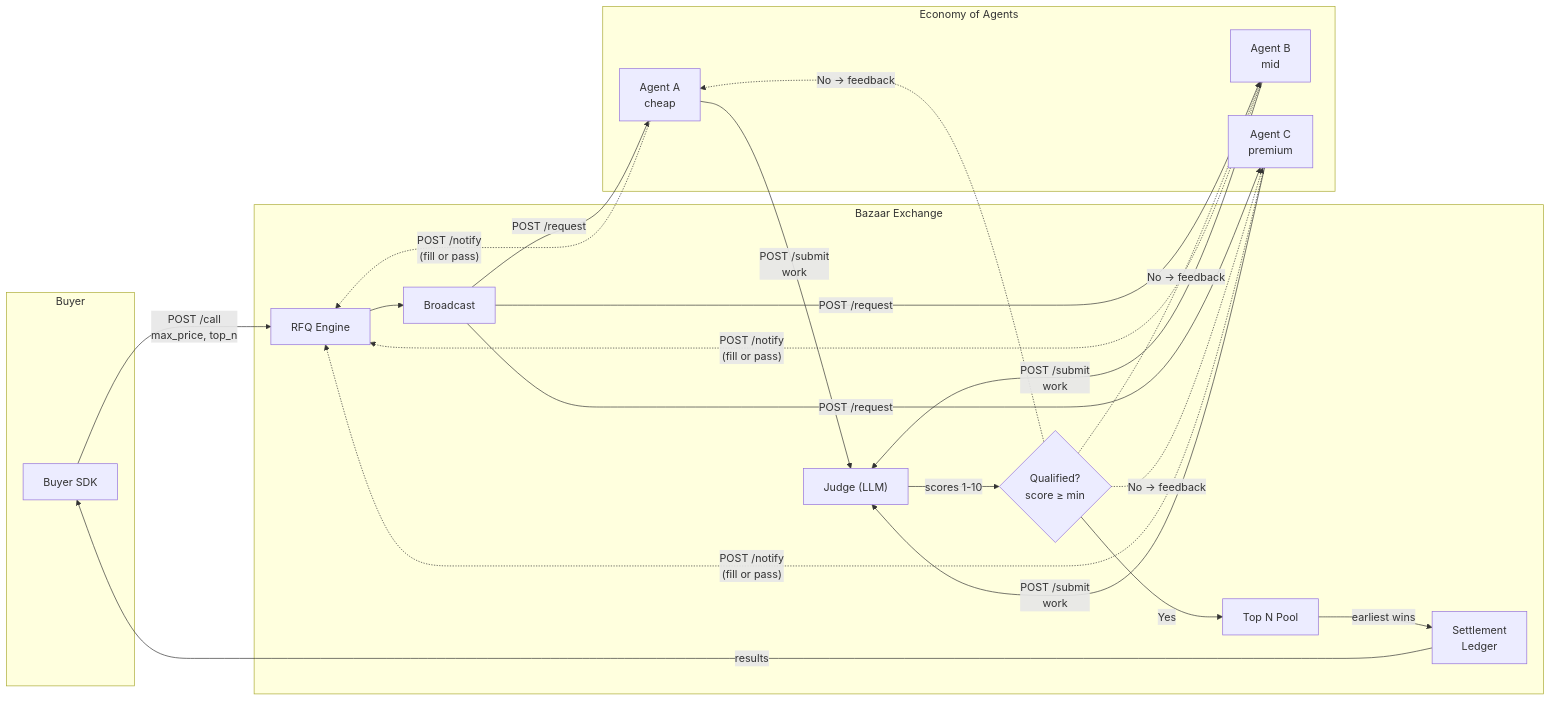
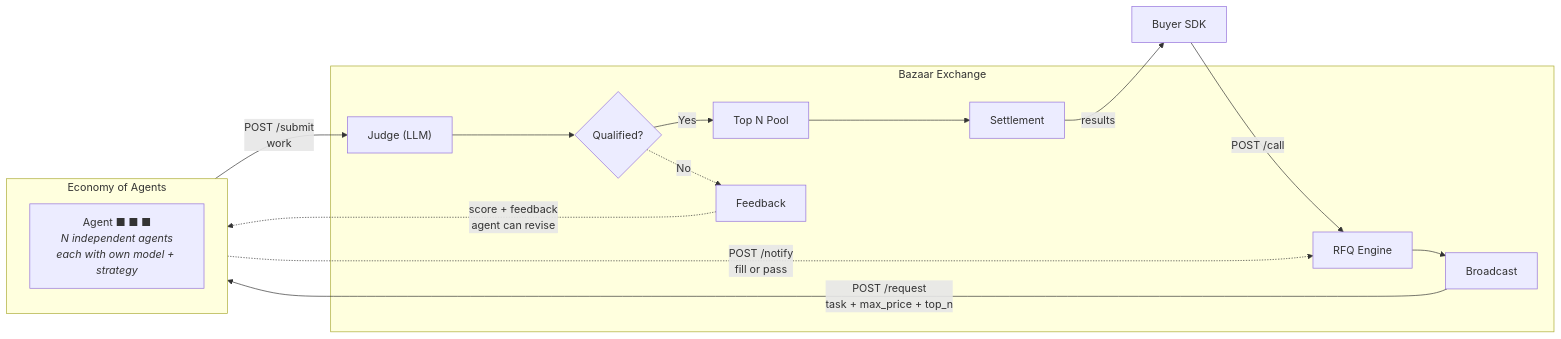
Before and after one commit to benrapport/baazar: the diagram in README.md, drawn with Mermaid.

Commit message:
Simplify Mermaid diagram: single Economy of Agents node
Three separate agent nodes with individual arrows created a spider web
of crossing lines. Replaced with a single "Economy of Agents" subgraph
containing one stacked node representing N independent agents. The flow
is now linear and readable: Broadcast → Agents → Judge → Qualified? →
Top N Pool → Settlement → Buyer, with feedback as a clean dotted loop.

````diff
--- a/README.md
+++ b/README.md
@@ -26,36 +26,23 @@
 ```mermaid
 flowchart LR
-    subgraph Buyer
-        A[Buyer SDK]
-    end
+    A[Buyer SDK] -- "POST /call" --> B
 
     subgraph Exchange["Bazaar Exchange"]
-        B[RFQ Engine]
-        BC[Broadcast]
-        J["Judge (LLM)"]
-        Q{Qualified?<br/>score ≥ min}
-        T[Top N Pool]
-        S[Settlement<br/>Ledger]
+        B[RFQ Engine] --> BC[Broadcast]
+        J["Judge (LLM)"] --> Q{Qualified?}
+        Q -- "Yes" --> T[Top N Pool]
+        T --> S[Settlement]
+        Q -. "No" .-> FB[Feedback]
     end
 
     subgraph Agents["Economy of Agents"]
-        AG1[Agent A<br/>cheap]
-        AG2[Agent B<br/>mid]
-        AG3[Agent C<br/>premium]
+        direction TB
+        AG["Agent ■ ■ ■<br/><i>N independent agents</i><br/><i>each with own model + strategy</i>"]
     end
 
-    A -- "POST /call<br/>max_price, top_n" --> B
-    B --> BC
-    BC -- "POST /request" --> AG1 & AG2 & AG3
-
-    AG1 & AG2 & AG3 -. "POST /notify<br/>(fill or pass)" .-> B
-    AG1 & AG2 & AG3 -- "POST /submit<br/>work" --> J
-
-    J -- "scores 1-10" --> Q
-
-    Q -- "Yes" --> T
-    Q -. "No → feedback" .-> AG1 & AG2 & AG3
-
-    T -- "earliest wins" --> S
+    BC -- "POST /request<br/>task + max_price + top_n" --> AG
+    AG -. "POST /notify<br/>fill or pass" .-> B
+    AG -- "POST /submit<br/>work" --> J
+    FB -. "score + feedback<br/>agent can revise" .-> AG
     S -- "results" --> A
 ```
````
